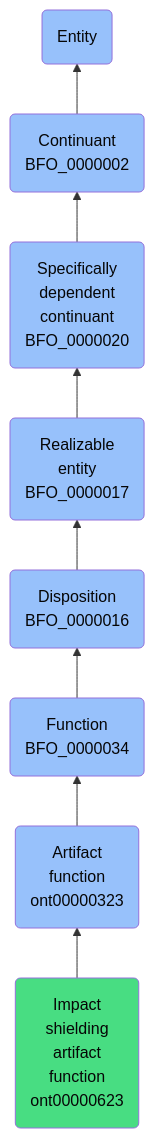
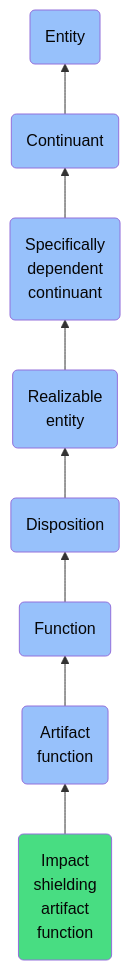
One commit to jupyter-naas/abi changed the diagram in docs/ontology/reference/model/Entity/Continuant/Specifically dependent continuant/Realizable entity/Disposition/Function/Artifact function/Impact shielding artifact function/Impact shielding artifact function.md. Above: the diagram before and after it, drawn with Mermaid. The commit also changed other lines of this file and 1430 other files, not shown here.

````diff
--- a/docs/ontology/reference/model/Entity/Continuant/Specifically dependent continuant/Realizable entity/Disposition/Function/Artifact function/Impact shielding artifact function/Impact shielding artifact function.md
+++ b/docs/ontology/reference/model/Entity/Continuant/Specifically dependent continuant/Realizable entity/Disposition/Function/Artifact function/Impact shielding artifact function/Impact shielding artifact function.md
@@ -24,15 +24,15 @@
 ```mermaid
 graph BT
-    ont00000623(Impact<br>shielding<br>artifact<br>function<br>ont00000623):::ABI-->ont00000323
-    ont00000323(Artifact<br>function<br>ont00000323):::BFO-->BFO_0000034
-    BFO_0000034(Function<br>BFO_0000034):::BFO-->BFO_0000016
-    BFO_0000016(Disposition<br>BFO_0000016):::BFO-->BFO_0000017
-    BFO_0000017(Realizable<br>entity<br>BFO_0000017):::BFO-->BFO_0000020
-    BFO_0000020(Specifically<br>dependent<br>continuant<br>BFO_0000020):::BFO-->BFO_0000002
-    BFO_0000002(Continuant<br>BFO_0000002):::BFO-->BFO_0000001
+    ont00000623(Impact<br>shielding<br>artifact<br>function):::ABI-->ont00000323
+    ont00000323(Artifact<br>function):::BFO-->BFO_0000034
+    BFO_0000034(Function):::BFO-->BFO_0000016
+    BFO_0000016(Disposition):::BFO-->BFO_0000017
+    BFO_0000017(Realizable<br>entity):::BFO-->BFO_0000020
+    BFO_0000020(Specifically<br>dependent<br>continuant):::BFO-->BFO_0000002
+    BFO_0000002(Continuant):::BFO-->BFO_0000001
     BFO_0000001(Entity):::BFO
     
     classDef BFO fill:#97c1fb,color:#060606
     classDef CCO fill:#e4c51e,color:#060606
     classDef ABI fill:#48DD82,color:#060606
 ```
````
